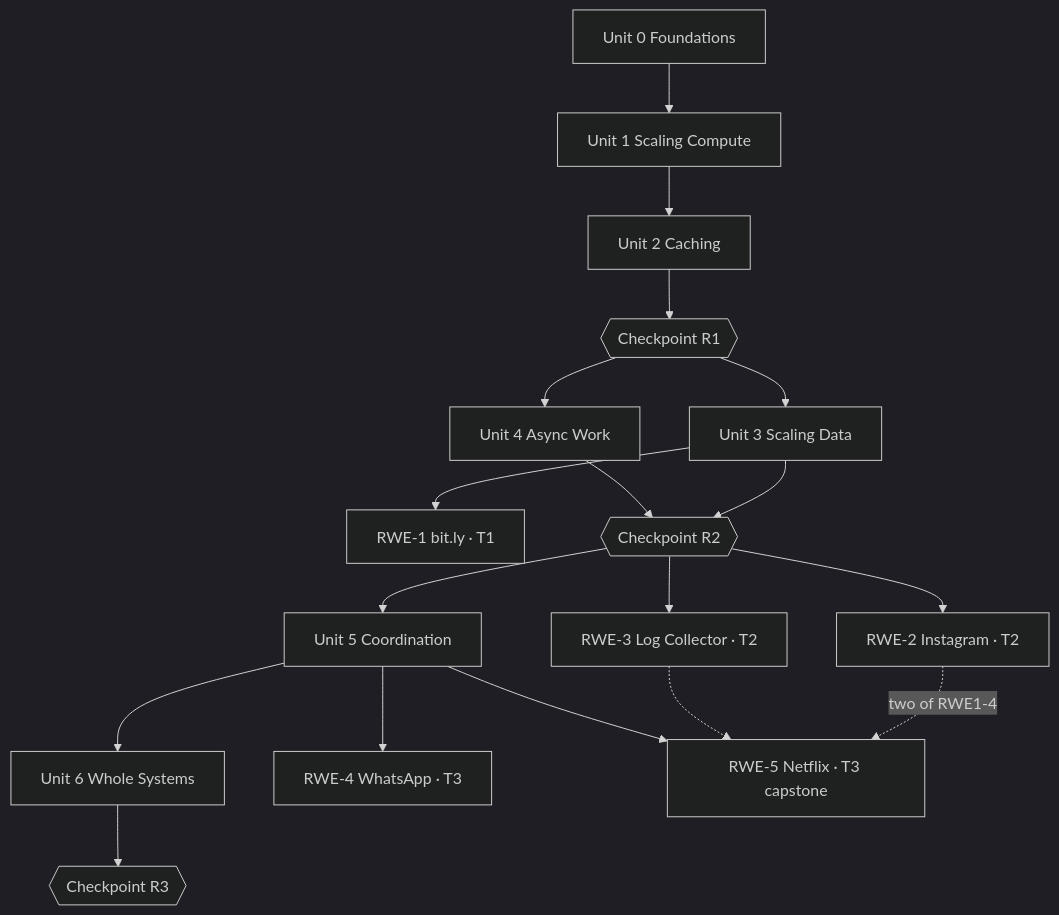
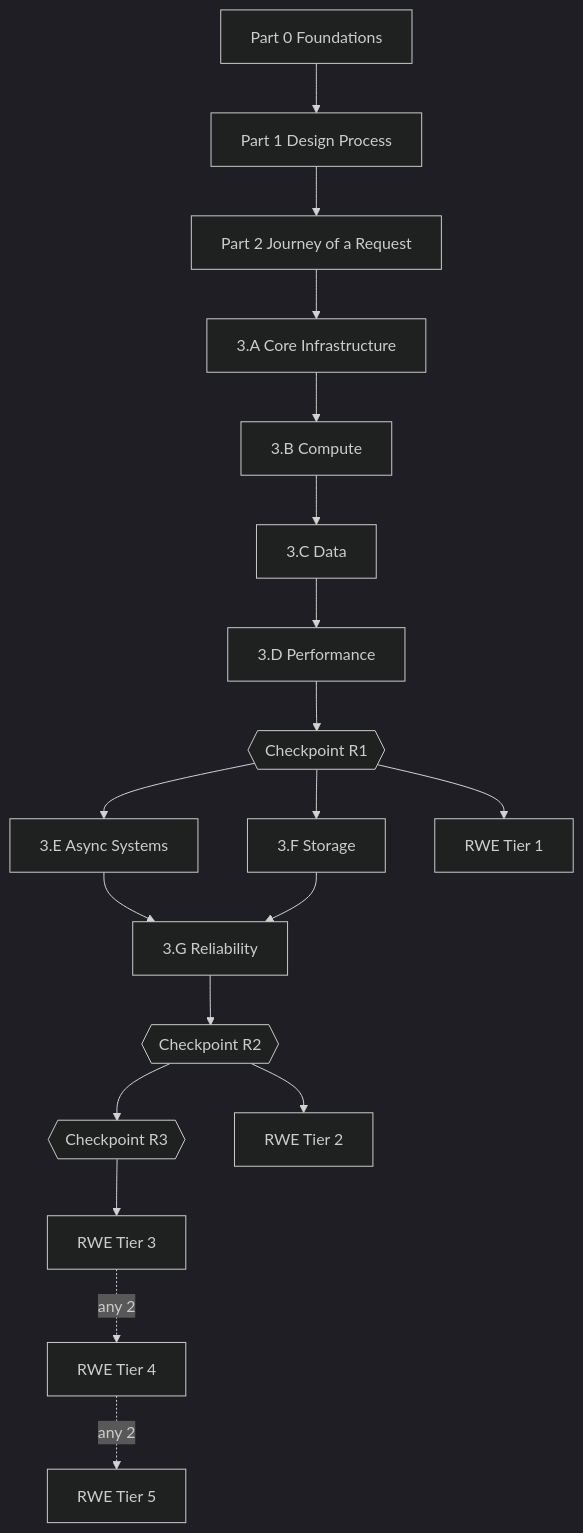
The diagram in .claude/docs/CURRICULUM.md (Prateesh-Sulikeri/ScaleCraft), drawn with Mermaid (dark theme) before and after one commit. The commit also changed other lines of this file and 2 other files, not shown here.

````diff
--- a/.claude/docs/CURRICULUM.md
+++ b/.claude/docs/CURRICULUM.md
@@ -737,20 +1153,21 @@
 ```mermaid
 graph TD
-  U0[Unit 0 Foundations] --> U1[Unit 1 Scaling Compute]
-  U1 --> U2[Unit 2 Caching]
-  U2 --> R1{{Checkpoint R1}}
-  R1 --> U3[Unit 3 Scaling Data]
-  R1 --> U4[Unit 4 Async Work]
-  U3 --> RWE1[RWE-1 bit.ly · T1]
-  U3 --> R2{{Checkpoint R2}}
-  U4 --> R2
-  R2 --> RWE2[RWE-2 Instagram · T2]
-  R2 --> RWE3[RWE-3 Log Collector · T2]
-  R2 --> U5[Unit 5 Coordination]
-  U5 --> U6[Unit 6 Whole Systems]
-  U6 --> R3{{Checkpoint R3}}
-  U5 --> RWE4[RWE-4 WhatsApp · T3]
-  RWE2 -.two of RWE1-4.-> RWE5[RWE-5 Netflix · T3 capstone]
-  RWE3 -.-> RWE5
-  U5 --> RWE5
+  P0[Part 0 Foundations] --> P1[Part 1 Design Process]
+  P1 --> P2[Part 2 Journey of a Request]
+  P2 --> GA[3.A Core Infrastructure]
+  GA --> GB[3.B Compute]
+  GB --> GC[3.C Data]
+  GC --> GD[3.D Performance]
+  GD --> R1{{Checkpoint R1}}
+  R1 --> GE[3.E Async Systems]
+  R1 --> GF[3.F Storage]
+  GE --> GG[3.G Reliability]
+  GF --> GG
+  GG --> R2{{Checkpoint R2}}
+  R2 --> R3{{Checkpoint R3}}
+  R1 --> T1[RWE Tier 1]
+  R2 --> T2[RWE Tier 2]
+  R3 --> T3[RWE Tier 3]
+  T3 -. any 2 .-> T4[RWE Tier 4]
+  T4 -. any 2 .-> T5[RWE Tier 5]
 ```
````
